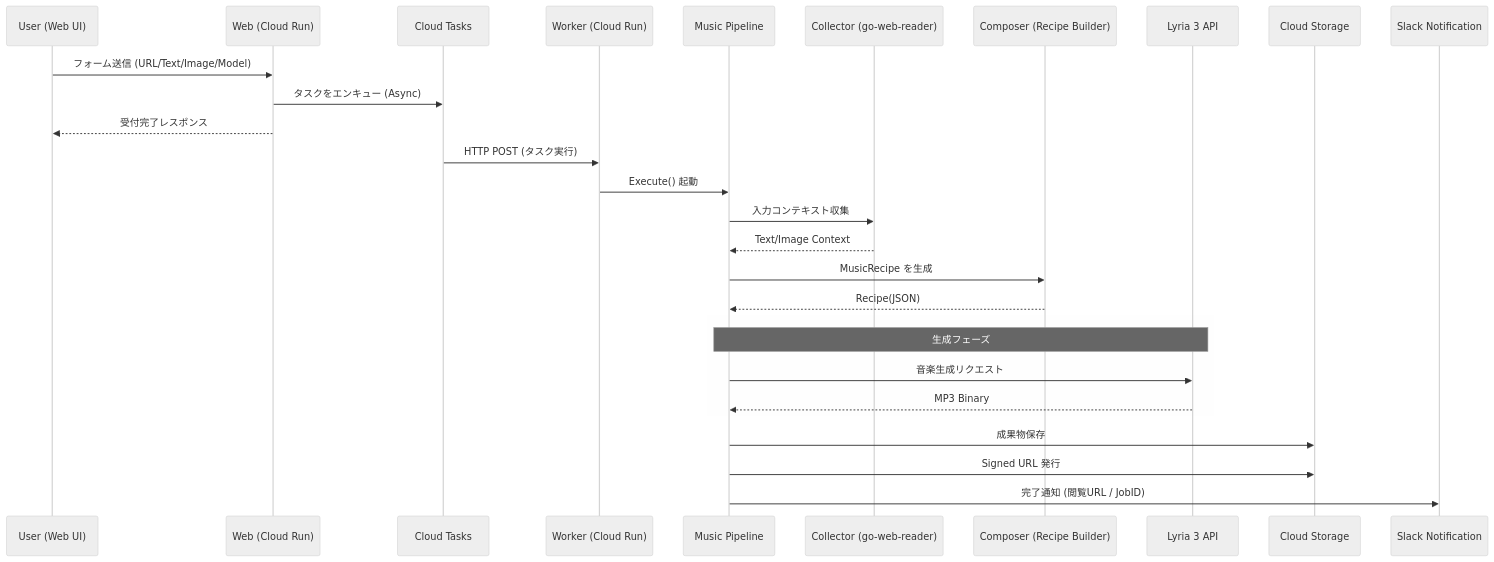
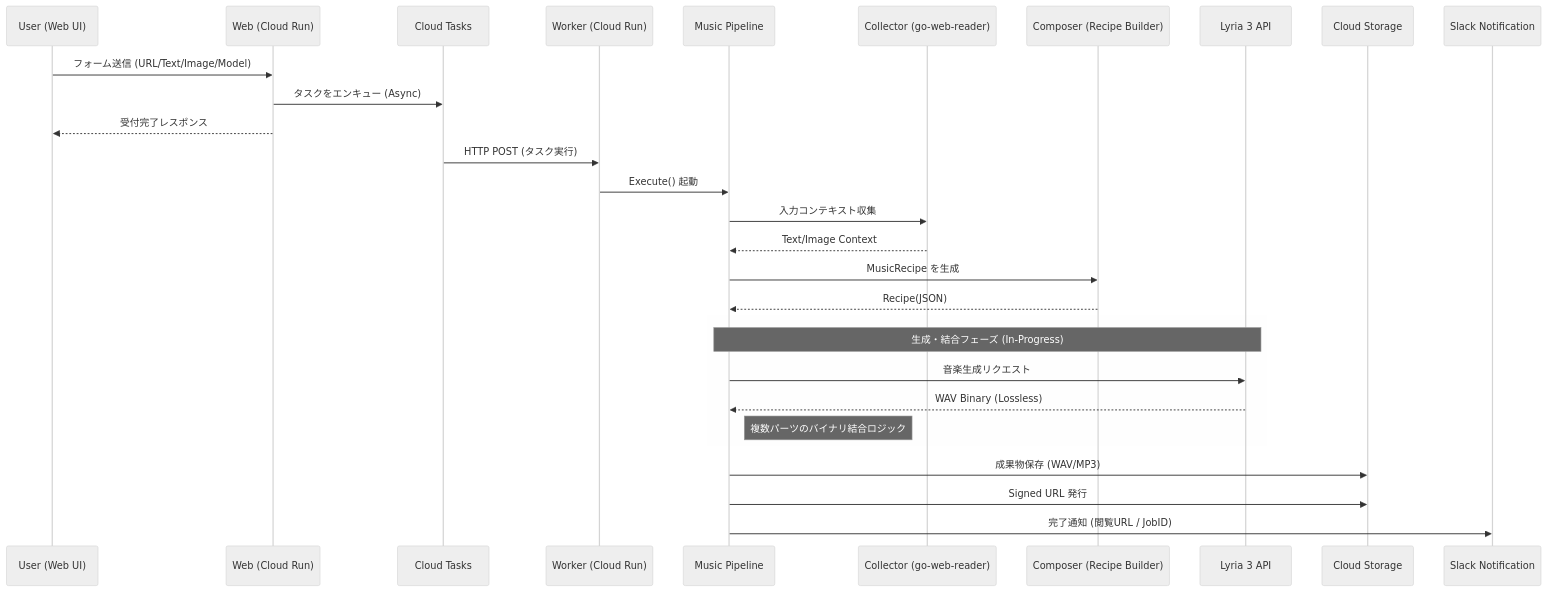
The diagram in README.md (shouni/ap-music), drawn with Mermaid (neutral theme) before and after one commit. The commit also changed other lines of this file, not shown here.

````diff
--- a/README.md
+++ b/README.md
@@ -107,35 +112,36 @@
 ```mermaid
 sequenceDiagram
-    participant User as User (Web UI)
-    participant Web as Web (Cloud Run)
-    participant Queue as Cloud Tasks
-    participant Worker as Worker (Cloud Run)
-    participant Pipeline as Music Pipeline
-    participant Collector as Collector (go-web-reader)
-    participant Composer as Composer (Recipe Builder)
-    participant Lyria as Lyria 3 API
-    participant GCS as Cloud Storage
-    participant Slack as Slack Notification
+   participant User as User (Web UI)
+   participant Web as Web (Cloud Run)
+   participant Queue as Cloud Tasks
+   participant Worker as Worker (Cloud Run)
+   participant Pipeline as Music Pipeline
+   participant Collector as Collector (go-web-reader)
+   participant Composer as Composer (Recipe Builder)
+   participant Lyria as Lyria 3 API
+   participant GCS as Cloud Storage
+   participant Slack as Slack Notification
 
-    User->>Web: フォーム送信 (URL/Text/Image/Model)
-    Web->>Queue: タスクをエンキュー (Async)
-    Web-->>User: 受付完了レスポンス
+   User->>Web: フォーム送信 (URL/Text/Image/Model)
+   Web->>Queue: タスクをエンキュー (Async)
+   Web-->>User: 受付完了レスポンス
 
-    Queue->>Worker: HTTP POST (タスク実行)
-    Worker->>Pipeline: Execute() 起動
+   Queue->>Worker: HTTP POST (タスク実行)
+   Worker->>Pipeline: Execute() 起動
 
-    Pipeline->>Collector: 入力コンテキスト収集
-    Collector-->>Pipeline: Text/Image Context
-    Pipeline->>Composer: MusicRecipe を生成
-    Composer-->>Pipeline: Recipe(JSON)
+   Pipeline->>Collector: 入力コンテキスト収集
+   Collector-->>Pipeline: Text/Image Context
+   Pipeline->>Composer: MusicRecipe を生成
+   Composer-->>Pipeline: Recipe(JSON)
 
-    rect rgba(240, 240, 240, 0.1)
-        Note over Pipeline, Lyria: 生成フェーズ
-        Pipeline->>Lyria: 音楽生成リクエスト
-        Lyria-->>Pipeline: MP3 Binary
-    end
+   rect rgba(240, 240, 240, 0.1)
+      Note over Pipeline, Lyria: 生成・結合フェーズ (In-Progress)
+      Pipeline->>Lyria: 音楽生成リクエスト
+      Lyria-->>Pipeline: WAV Binary (Lossless)
+      Note right of Pipeline: 複数パーツのバイナリ結合ロジック
+   end
 
-    Pipeline->>GCS: 成果物保存
-    Pipeline->>GCS: Signed URL 発行
-    Pipeline->>Slack: 完了通知 (閲覧URL / JobID)
+   Pipeline->>GCS: 成果物保存 (WAV/MP3)
+   Pipeline->>GCS: Signed URL 発行
+   Pipeline->>Slack: 完了通知 (閲覧URL / JobID)
 ```
````
